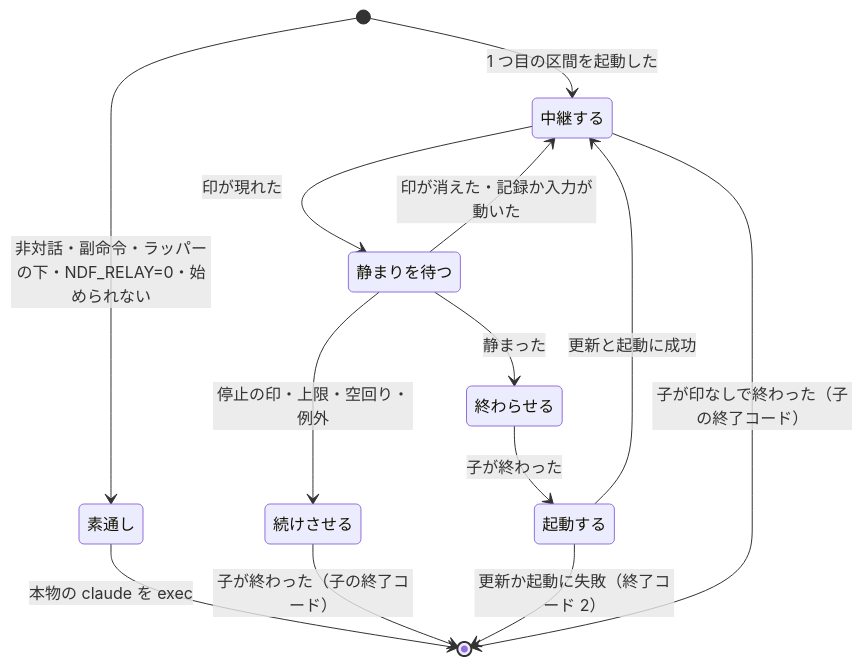
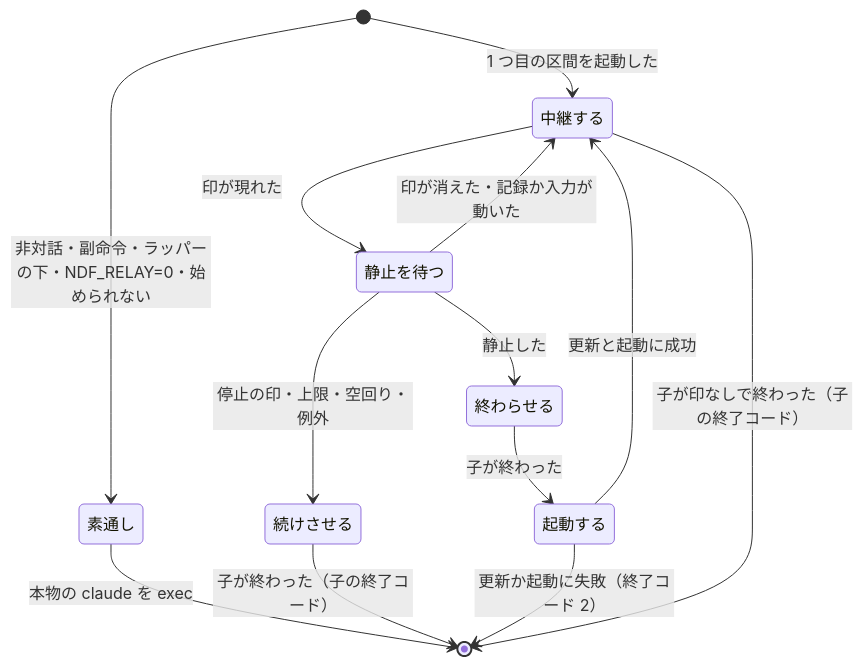
The second of 2 diagrams in docs/specifications/ndf-relay-segment-restart.md (devbasex/ai-plugins), drawn with Mermaid before and after one commit. The commit also changed other lines of this file and 72 other files, not shown here.

````diff
--- a/docs/specifications/ndf-relay-segment-restart.md
+++ b/docs/specifications/ndf-relay-segment-restart.md
@@ -210,15 +210,15 @@
 ```mermaid
 stateDiagram-v2
     [*] --> 素通し: 非対話・副命令・ラッパーの下・NDF_RELAY=0・始められない
     素通し --> [*]: 本物の claude を exec
     [*] --> 中継する: 1 つ目の区間を起動した
-    中継する --> 静まりを待つ: 印が現れた
-    静まりを待つ --> 中継する: 印が消えた・記録か入力が動いた
-    静まりを待つ --> 続けさせる: 停止の印・上限・空回り・例外
-    静まりを待つ --> 終わらせる: 静まった
+    中継する --> 静止を待つ: 印が現れた
+    静止を待つ --> 中継する: 印が消えた・記録か入力が動いた
+    静止を待つ --> 続けさせる: 停止の印・上限・空回り・例外
+    静止を待つ --> 終わらせる: 静止した
     続けさせる --> [*]: 子が終わった（子の終了コード）
     終わらせる --> 起動する: 子が終わった
     起動する --> 中継する: 更新と起動に成功
     起動する --> [*]: 更新か起動に失敗（終了コード 2）
     中継する --> [*]: 子が印なしで終わった（子の終了コード）
 ```
````
